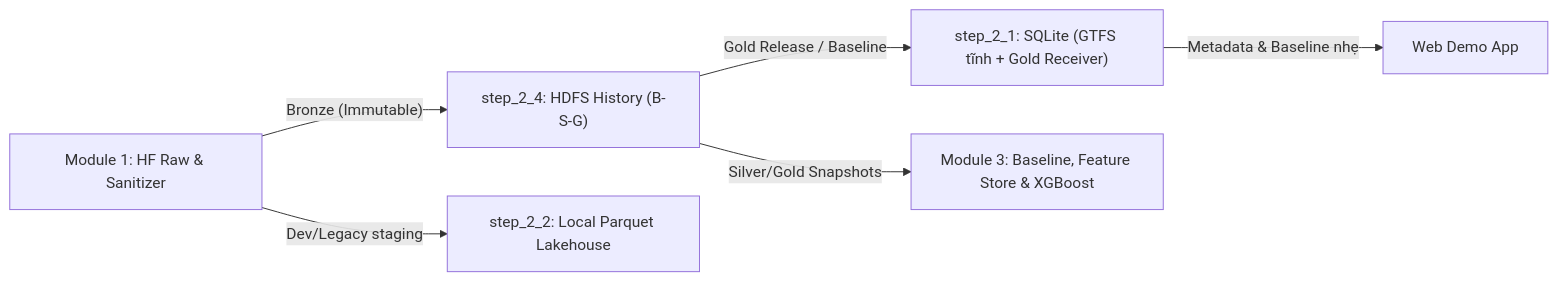
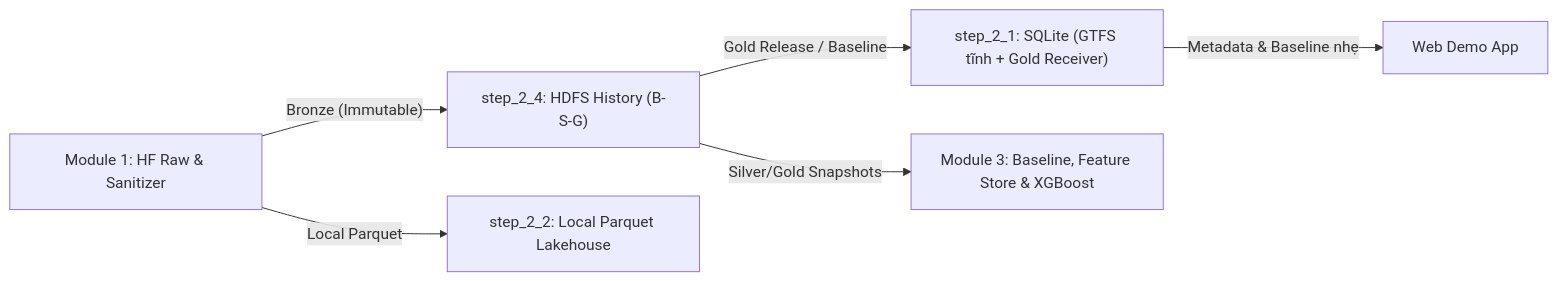
One commit to toibinguz/Bus_tracking changed the diagram in module_2_big_data_storage_and_lakehouse/README.md. Above: the diagram before and after it, drawn with Mermaid. The commit also changed other lines of this file and 4 other files, not shown here.

Commit message:
docs: keep only current architecture and remove experimental/historical notes

````diff
--- a/module_2_big_data_storage_and_lakehouse/README.md
+++ b/module_2_big_data_storage_and_lakehouse/README.md
@@ -9,8 +9,8 @@
 ```mermaid
 flowchart LR
     M1["Module 1: HF Raw & Sanitizer"] -->|"Bronze (Immutable)"| S24["step_2_4: HDFS History (B-S-G)"]
     S24 -->|"Gold Release / Baseline"| S21["step_2_1: SQLite (GTFS tĩnh + Gold Receiver)"]
-    M1 -->|"Dev/Legacy staging"| S22["step_2_2: Local Parquet Lakehouse"]
+    M1 -->|"Local Parquet"| S22["step_2_2: Local Parquet Lakehouse"]
     S24 -->|"Silver/Gold Snapshots"| M3["Module 3: Baseline, Feature Store & XGBoost"]
     S21 -->|"Metadata & Baseline nhẹ"| WEB["Web Demo App"]
 ```
````
